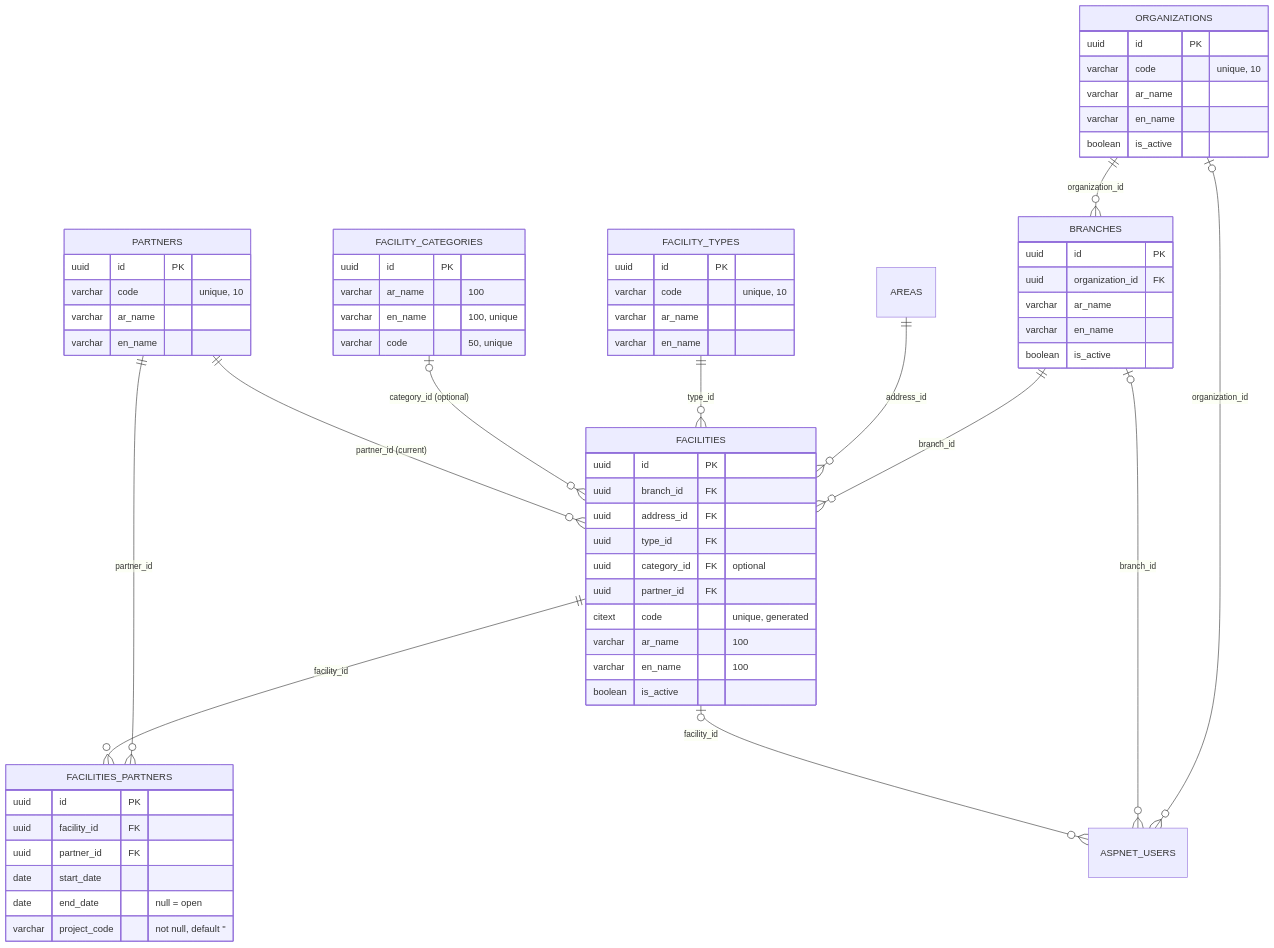
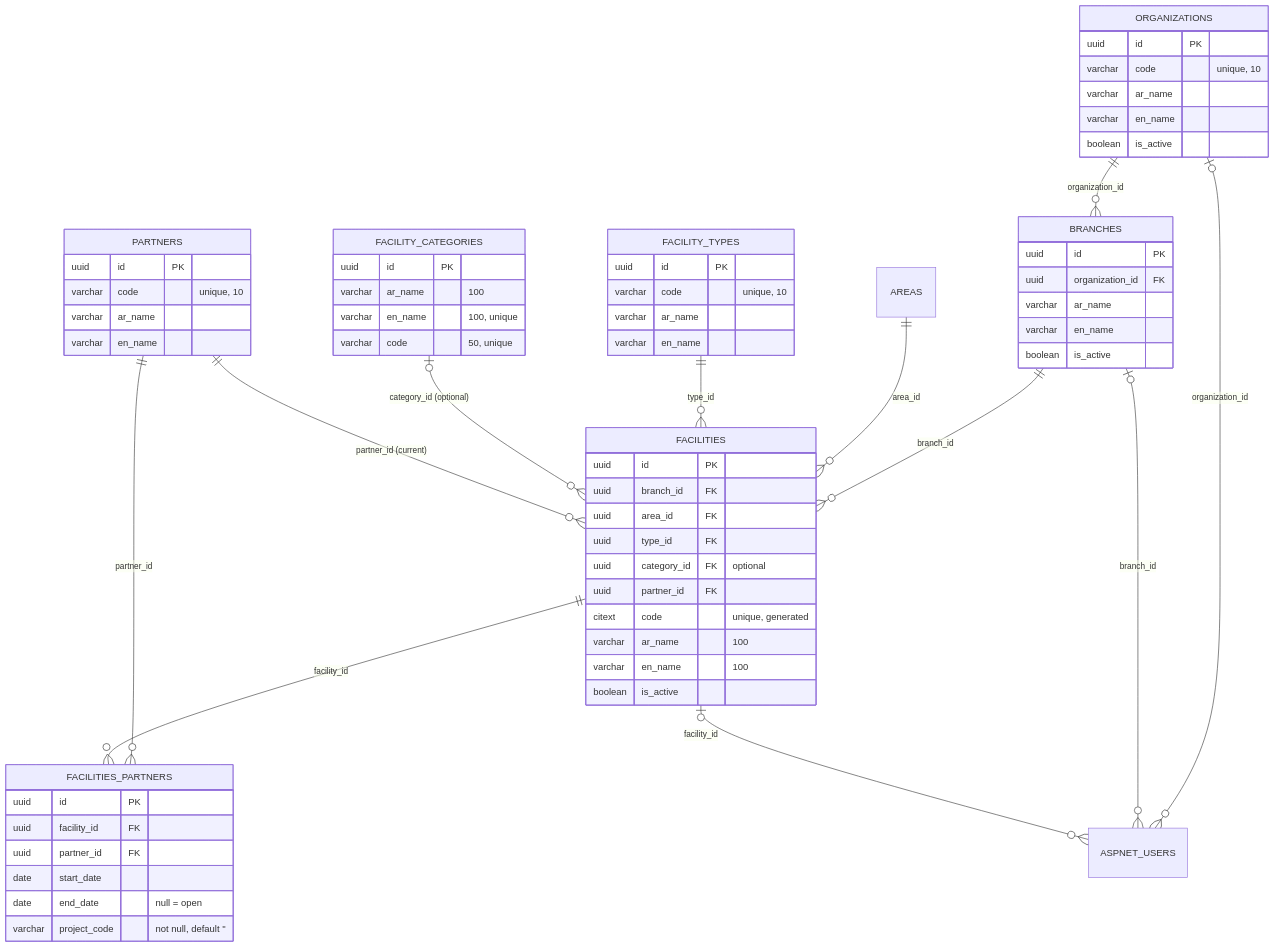
The second of 4 diagrams in docs/02-design/erd.md (AHMADARBASH/SBRS), drawn with Mermaid before and after one commit. The commit also changed 26 other files, not shown here.

Commit message:
update facility entity to accept area id instead of address id

````diff
--- a/docs/02-design/erd.md
+++ b/docs/02-design/erd.md
@@ -51,67 +51,67 @@
 ```mermaid
 erDiagram
     ORGANIZATIONS ||--o{ BRANCHES : "organization_id"
     BRANCHES ||--o{ FACILITIES : "branch_id"
-    AREAS ||--o{ FACILITIES : "address_id"
+    AREAS ||--o{ FACILITIES : "area_id"
     FACILITY_TYPES ||--o{ FACILITIES : "type_id"
     FACILITY_CATEGORIES |o--o{ FACILITIES : "category_id (optional)"
     PARTNERS ||--o{ FACILITIES : "partner_id (current)"
     PARTNERS ||--o{ FACILITIES_PARTNERS : "partner_id"
     FACILITIES ||--o{ FACILITIES_PARTNERS : "facility_id"
     ORGANIZATIONS |o--o{ ASPNET_USERS : "organization_id"
     BRANCHES |o--o{ ASPNET_USERS : "branch_id"
     FACILITIES |o--o{ ASPNET_USERS : "facility_id"
 
     ORGANIZATIONS {
         uuid id PK
         varchar code "unique, 10"
         varchar ar_name
         varchar en_name
         boolean is_active
     }
     BRANCHES {
         uuid id PK
         uuid organization_id FK
         varchar ar_name
         varchar en_name
         boolean is_active
     }
     FACILITIES {
         uuid id PK
         uuid branch_id FK
-        uuid address_id FK
+        uuid area_id FK
         uuid type_id FK
         uuid category_id FK "optional"
         uuid partner_id FK
         citext code "unique, generated"
         varchar ar_name "100"
         varchar en_name "100"
         boolean is_active
     }
     FACILITY_TYPES {
         uuid id PK
         varchar code "unique, 10"
         varchar ar_name
         varchar en_name
     }
     FACILITY_CATEGORIES {
         uuid id PK
         varchar ar_name "100"
         varchar en_name "100, unique"
         varchar code "50, unique"
     }
     PARTNERS {
         uuid id PK
         varchar code "unique, 10"
         varchar ar_name
         varchar en_name
     }
     FACILITIES_PARTNERS {
         uuid id PK
         uuid facility_id FK
         uuid partner_id FK
         date start_date
         date end_date "null = open"
         varchar project_code "not null, default ''"
     }
 ```
````
